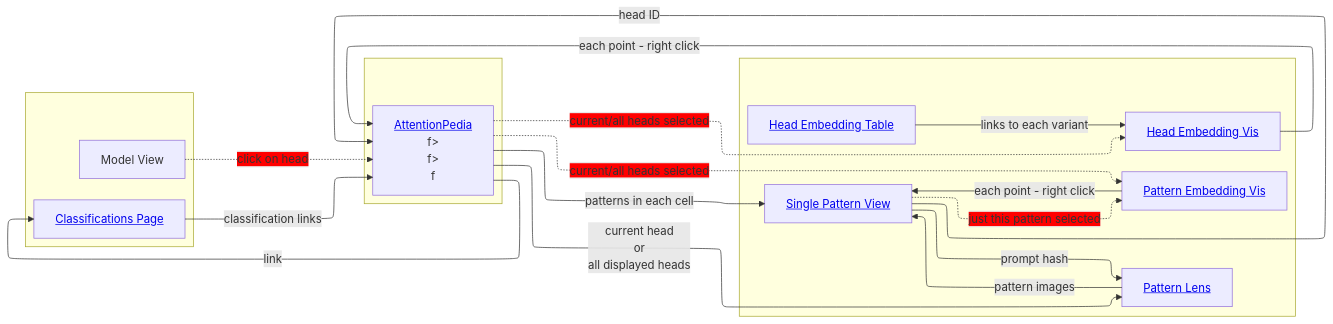
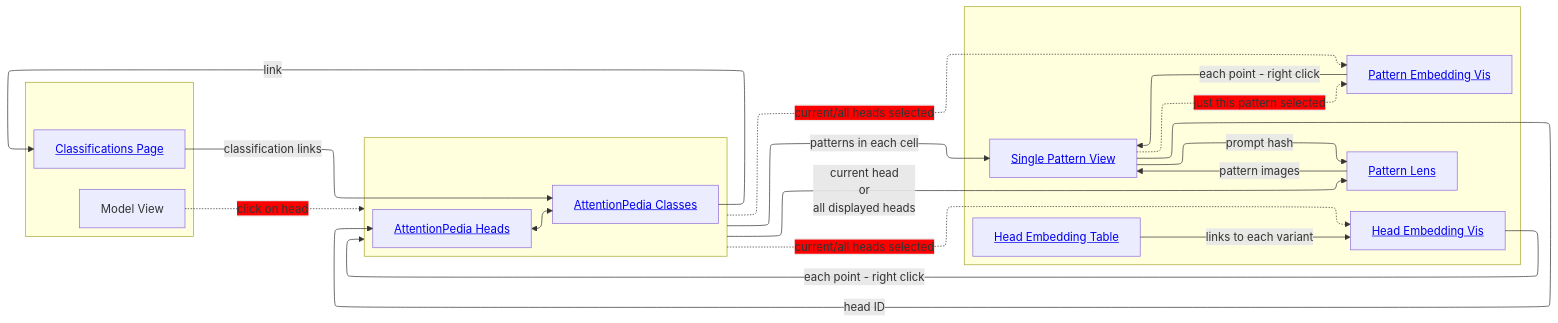
The second of 2 diagrams in TODO.md (mivanit/attention-motifs), drawn with Mermaid before and after one commit. The commit also changed other lines of this file and 3 other files, not shown here.

````diff
--- a/TODO.md
+++ b/TODO.md
@@ -88,50 +131,53 @@
 ```mermaid
 %%{init: {"flowchart": {"defaultRenderer": "elk"}} }%%
 flowchart LR
     subgraph col1[" "]
         direction TB
         CL["<a href='data/figures/classifications.html'>Classifications Page</a>"]
         MV["Model View"]
     end
     
-    subgraph col2[" "]
-        AP["<a href='data/vis/attnpedia/index.html'>AttentionPedia</a></br>f></br>f></br>f"]
+    subgraph AP[" "]
+        direction LR
+        APH["<a href='data/vis/attnpedia/index.html'>AttentionPedia Heads</a>"]
+        APC["<a href='data/vis/attnpedia/index.html'>AttentionPedia Classes</a>"]
+        APH <--> APC
     end
     
     subgraph col3[" "]
         direction TB
         SPV["<a href='data/patterns/single.html'>Single Pattern View</a>"]
         PL["<a href='data/patterns/index.html'>Pattern Lens</a>"]
         HEV["<a href='data/vis/embeds/heads/index.html'>Head Embedding Vis</a>"]
         PEV["<a href='data/vis/embeds/patterns/index.html'>Pattern Embedding Vis</a>"]
         HET["<a href='data/figures/head_embed_table.html'>Head Embedding Table</a>"]
     end
 
     %% col1 ~~~ col2 ~~~ col3
     
     %% Style to hide subgraph borders
     %% style col1 fill:none,stroke:none
     %% style col2 fill:none,stroke:none
     %% style col3 fill:none,stroke:none
     %% style col4 fill:none,stroke:none
     
     %% Existing connections (solid lines)
-    SPV -->|head ID| AP
+    SPV -->|head ID| APH
     SPV -->|prompt hash| PL
     PL -->|pattern images| SPV
     AP -->|patterns in each cell| SPV
     AP -->|current head <br/>or<br/> all displayed heads| PL
 
     PEV -->|each point - right click| SPV
     HET -->|links to each variant| HEV
 
-    CL -->|classification links| AP
-    AP -->|link| CL
+    CL -->|classification links| APC
+    APC -->|link| CL
     HEV -->|each point - right click| AP
 
     %% Missing connections (dashed lines)
     SPV -.->|<span style='background-color: red'>just this pattern selected</span>| PEV
     AP -.->|<span style='background-color: red'>current/all heads selected</span>| PEV
     AP -.->|<span style='background-color: red'>current/all heads selected</span>| HEV
     MV -.->|<span style='background-color: red'>click on head</span>| AP
 ```
````
